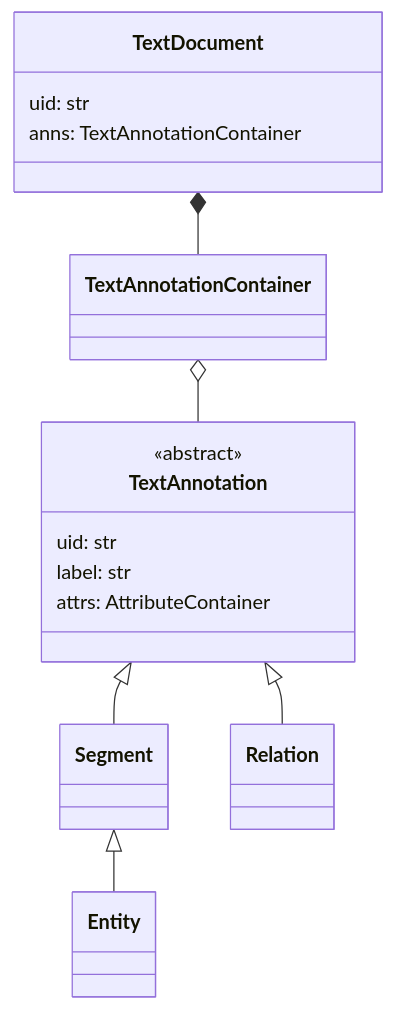
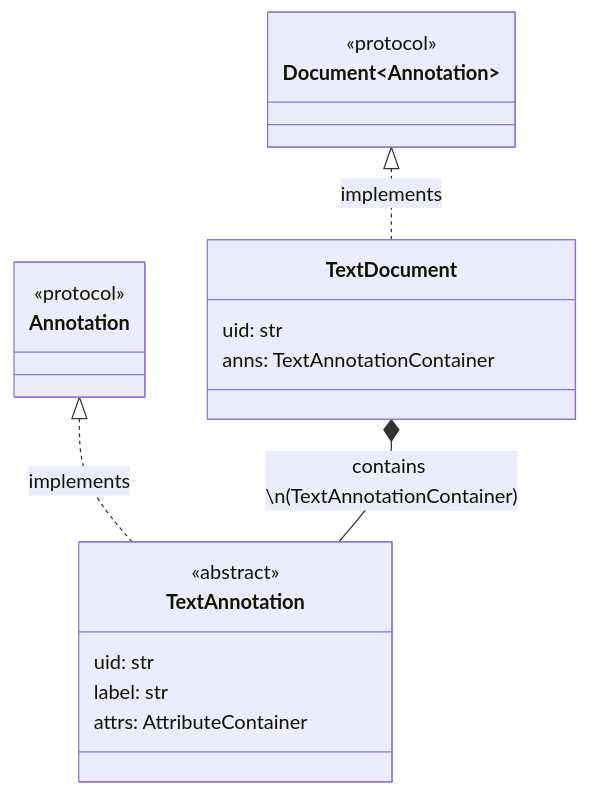
One commit to TeamHeka/medkit changed the first of 2 diagrams in docs/api/core_text.md. Above: the diagram before and after it, drawn with Mermaid. The commit also changed other lines of this file and 2 other files, not shown here.

````diff
--- a/docs/api/core_text.md
+++ b/docs/api/core_text.md
@@ -18,24 +13,26 @@
 ```{mermaid}
 :align: center
-:caption: Text document and annotation hierarchy
+:caption: Text document and text annotation
 
 classDiagram
-    direction TD
+     direction TB
+     class Document~Annotation~{
+        <<protocol>>
+    }
+    class Annotation{
+        <<protocol>>
+    }
     class TextDocument{
         uid: str
         anns: TextAnnotationContainer
-    }
-    class TextAnnotationContainer{
     }
     class TextAnnotation{
         <<abstract>>
         uid: str
         label: str
         attrs: AttributeContainer
     }
-    TextDocument *-- TextAnnotationContainer
-    TextAnnotationContainer o-- TextAnnotation
-    TextAnnotation <|-- Segment 
-    TextAnnotation <|-- Relation
-    Segment <|-- Entity
+    Document <|.. TextDocument: implements
+    Annotation <|.. TextAnnotation: implements
+    TextDocument *-- TextAnnotation: contains \n(TextAnnotationContainer)
 ```
````
